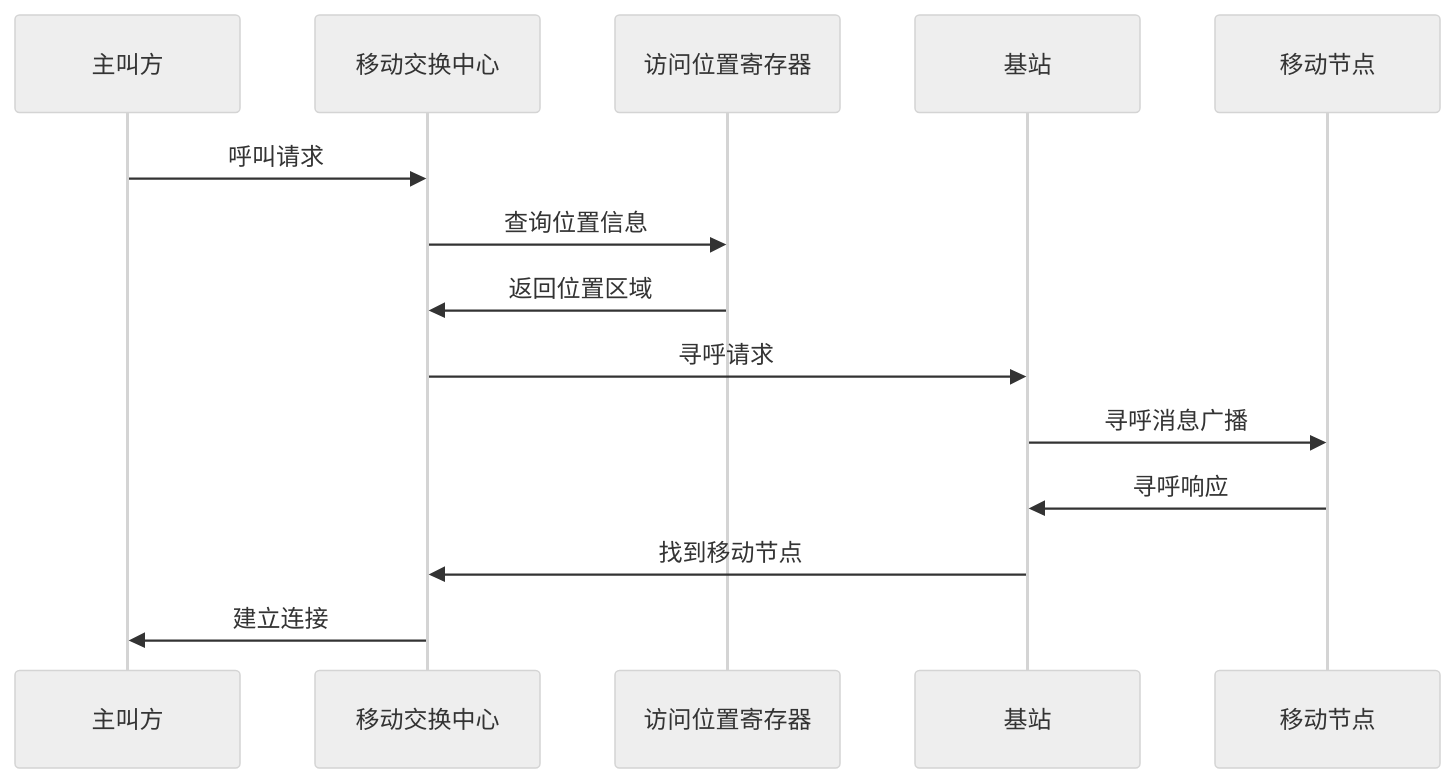
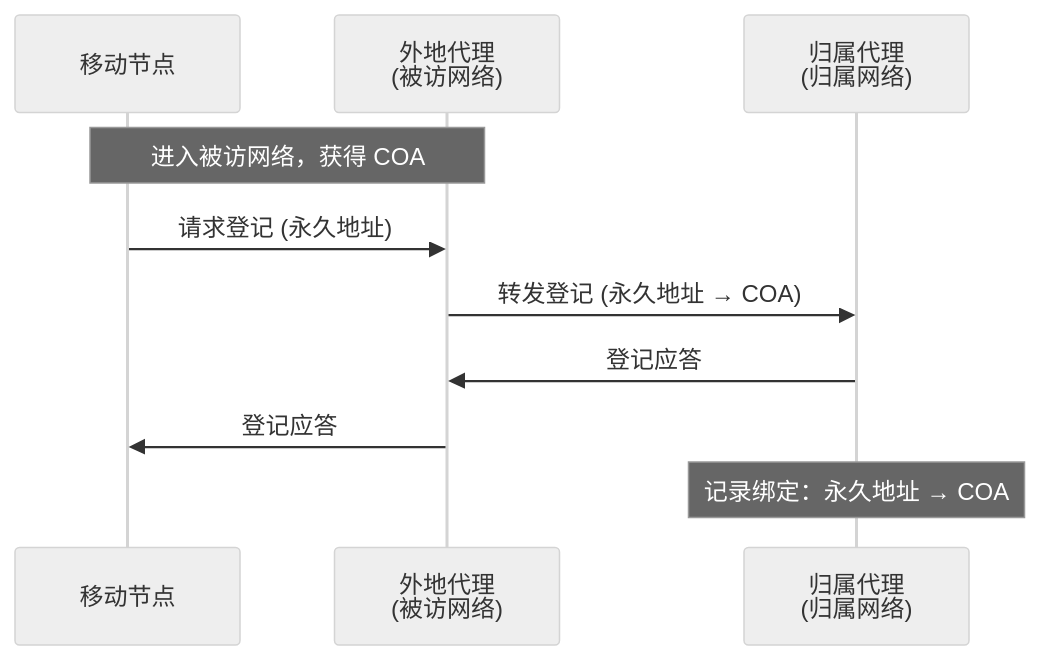
The first of 3 diagrams in 计算机网络/7.5无线网络：移动性管理.md (Dtheme/CS-base), drawn with Mermaid (neutral theme) before and after one commit. The commit also changed other lines of this file and 51 other files, not shown here.

````diff
--- a/计算机网络/7.5无线网络：移动性管理.md
+++ b/计算机网络/7.5无线网络：移动性管理.md
@@ -141,17 +58,13 @@
 ```mermaid
 sequenceDiagram
-    participant Caller as 主叫方
-    participant MSC as 移动交换中心
-    participant VLR as 访问位置寄存器
-    participant BS as 基站
     participant MN as 移动节点
-    
-    Caller->>MSC: 呼叫请求
-    MSC->>VLR: 查询位置信息
-    VLR->>MSC: 返回位置区域
-    MSC->>BS: 寻呼请求
-    BS->>MN: 寻呼消息广播
-    MN->>BS: 寻呼响应
-    BS->>MSC: 找到移动节点
-    MSC->>Caller: 建立连接
+    participant FA as 外地代理<br/>(被访网络)
+    participant HA as 归属代理<br/>(归属网络)
+
+    Note over MN,FA: 进入被访网络，获得 COA
+    MN->>FA: 请求登记 (永久地址)
+    FA->>HA: 转发登记 (永久地址 → COA)
+    HA->>FA: 登记应答
+    FA->>MN: 登记应答
+    Note over HA: 记录绑定：永久地址 → COA
 ```
````
